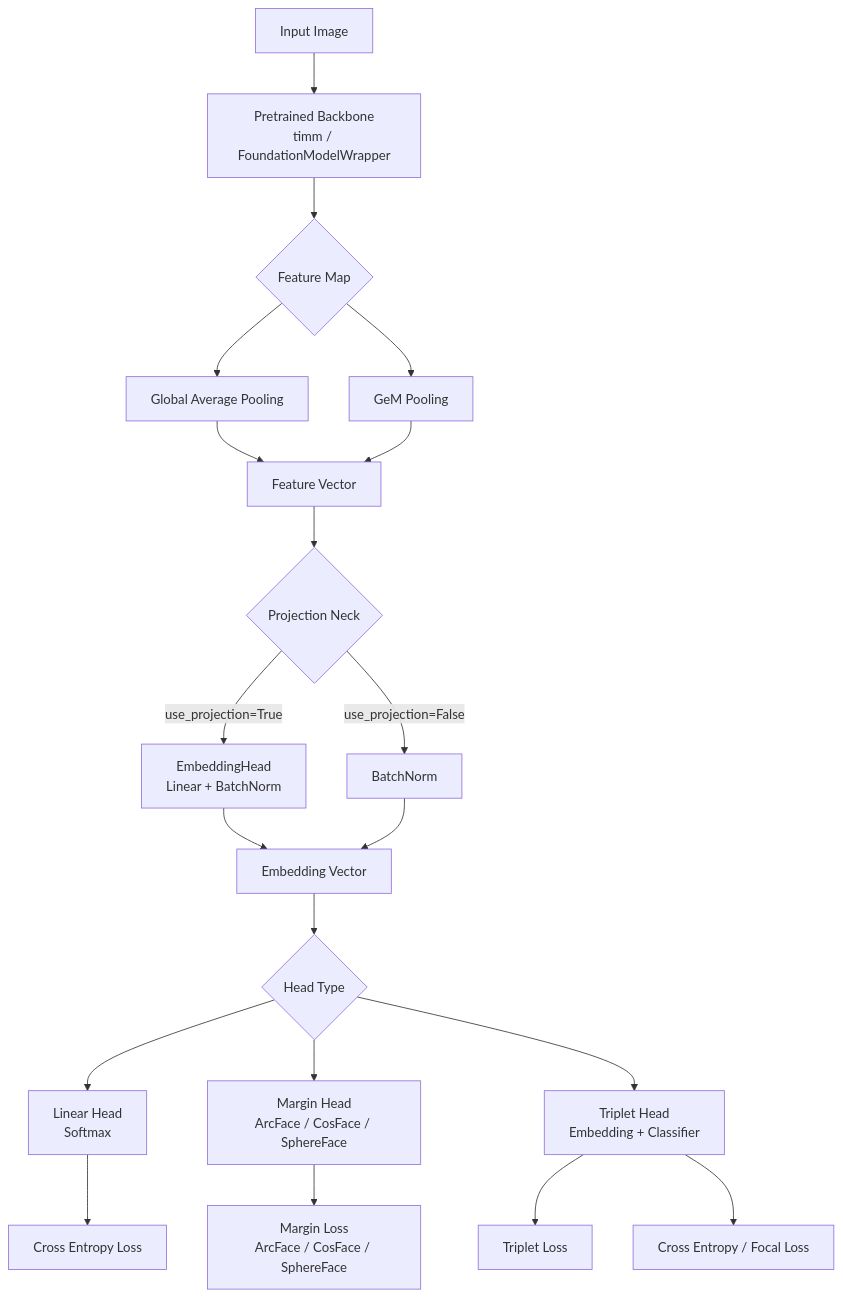
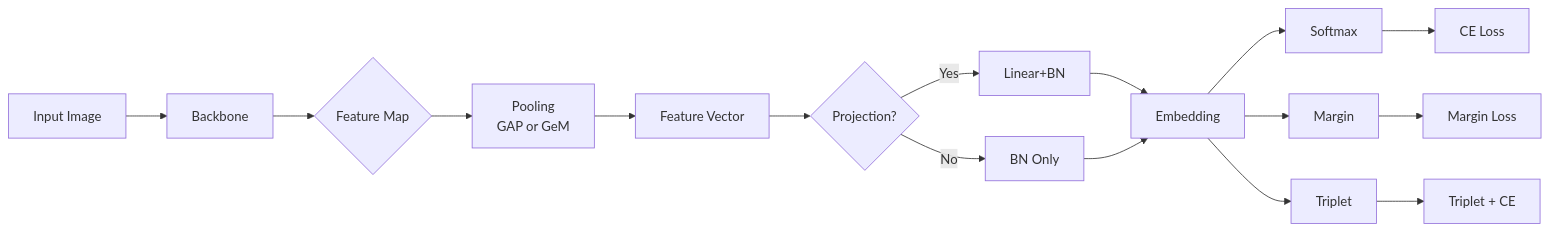
The diagram in reports/experiments/E00_kaggle-leaderboard_backbone.md (MicheleMarschner/jaguar_project), drawn with Mermaid before and after one commit.

````diff
--- a/reports/experiments/E00_kaggle-leaderboard_backbone.md
+++ b/reports/experiments/E00_kaggle-leaderboard_backbone.md
@@ -41,34 +41,18 @@
 ```mermaid
-flowchart TD
-
-A[Input Image] --> B[Pretrained Backbone<br>timm / FoundationModelWrapper]
-
+flowchart LR
+A[Input Image] --> B[Backbone]
 B --> C{Feature Map}
 
-C --> D1[Global Average Pooling]
-C --> D2[GeM Pooling]
+C --> D[Pooling<br/>GAP or GeM]
+D --> E[Feature Vector]
 
-D1 --> E[Feature Vector]
-D2 --> E
+E --> F{Projection?}
+F -->|Yes| G[Linear+BN]
+F -->|No| H[BN Only]
 
-E --> F{Projection Neck}
+G & H --> I[Embedding]
 
-F -->|use_projection=True| G[EmbeddingHead<br>Linear + BatchNorm]
-F -->|use_projection=False| H[BatchNorm]
-
-G --> I[Embedding Vector]
-H --> I
-
-I --> J{Head Type}
-
-J --> K[Linear Head<br>Softmax]
-J --> L[Margin Head<br>ArcFace / CosFace / SphereFace]
-J --> M[Triplet Head<br>Embedding + Classifier]
-
-K --> N[Cross Entropy Loss]
-
-L --> O[Margin Loss<br>ArcFace / CosFace / SphereFace]
-
-M --> P[Triplet Loss]
-M --> Q[Cross Entropy / Focal Loss]
+I --> J1[Softmax] --> L1[CE Loss]
+I --> J2[Margin] --> L2[Margin Loss]
+I --> J3[Triplet] --> L3[Triplet + CE]
 ```
````
